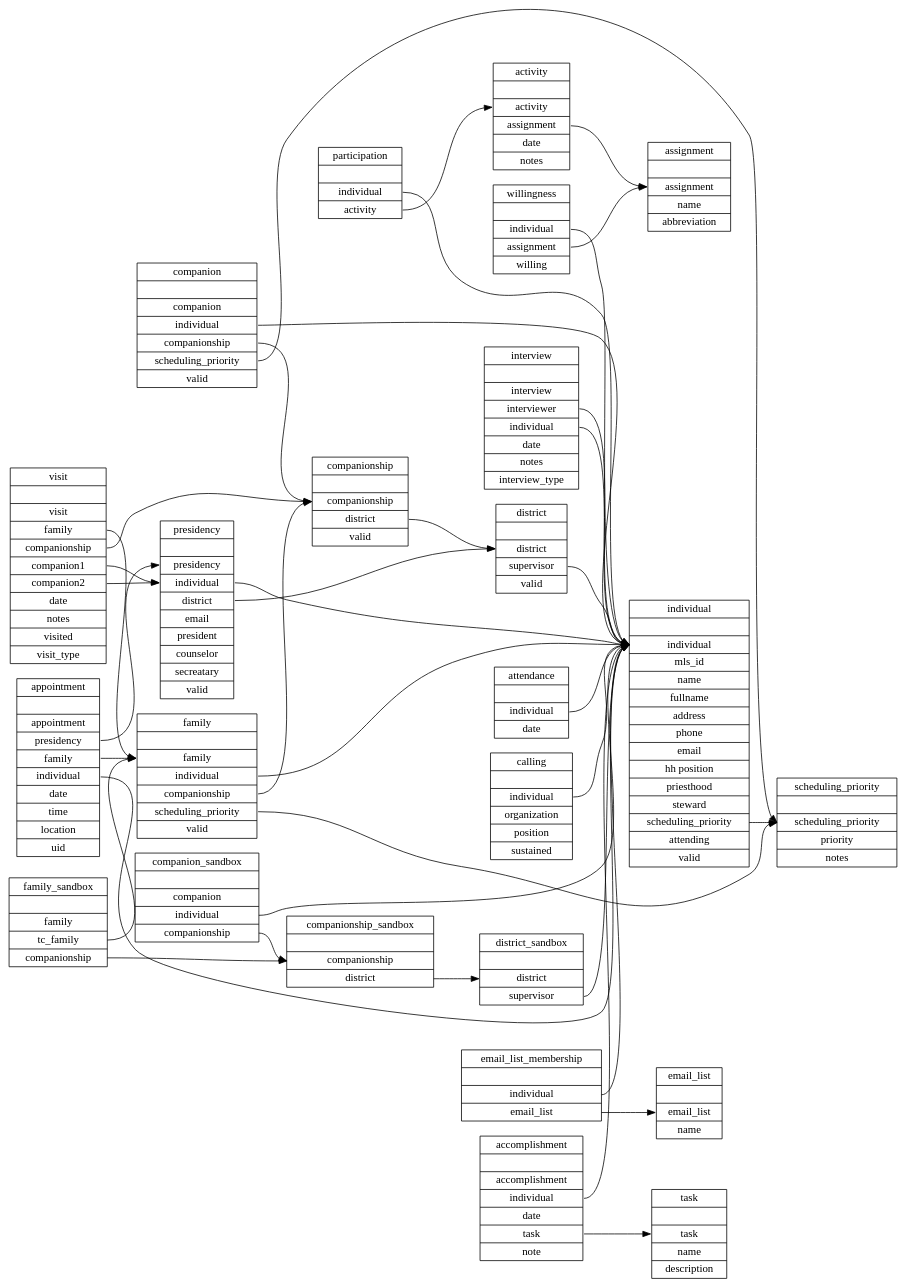
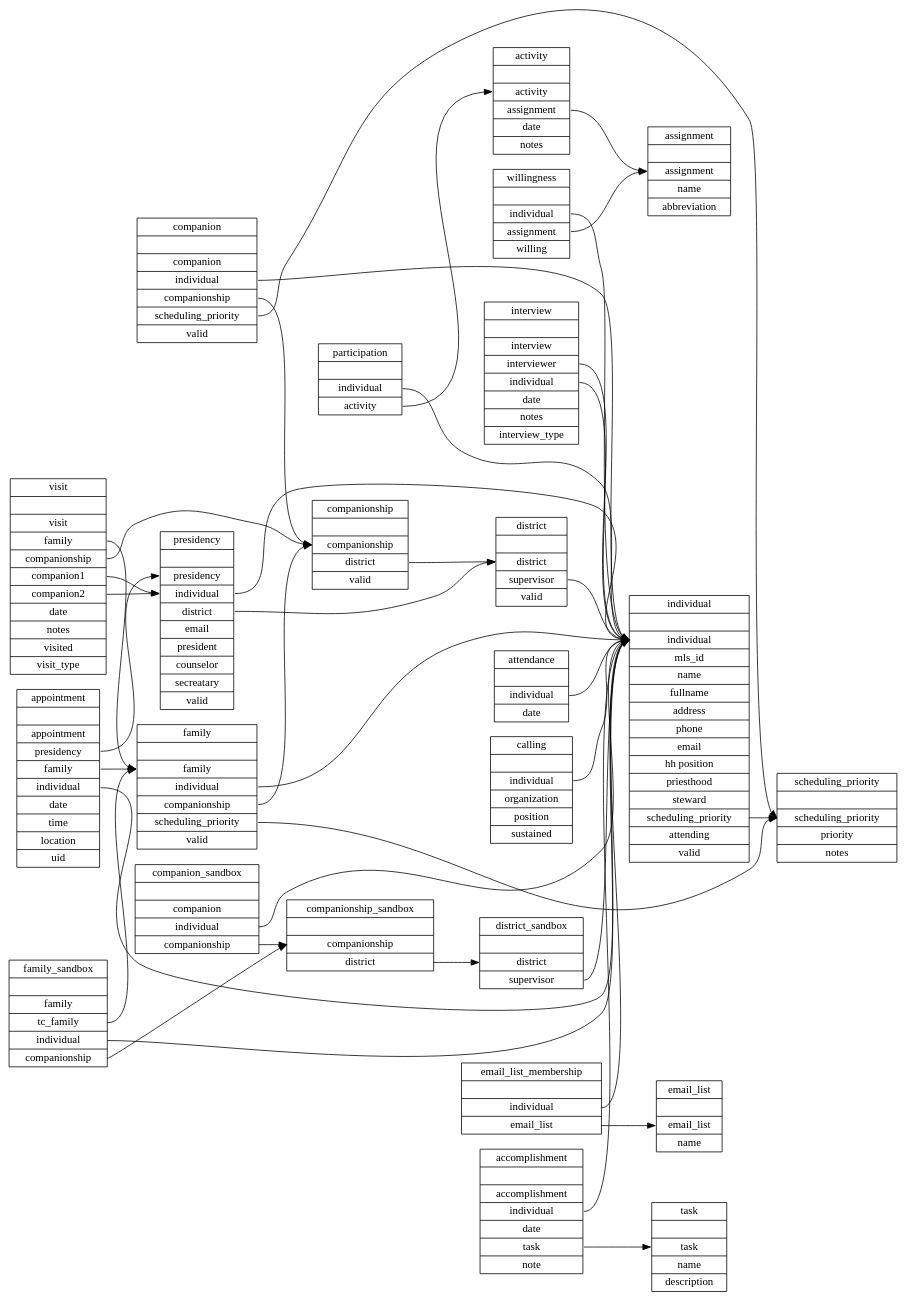
The diagram in sql/schema.dot (apippin/tc), drawn with Graphviz before and after one commit. The commit also changed 5 other files, not shown here.

```diff
--- a/sql/schema.dot
+++ b/sql/schema.dot
@@ -1,156 +1,157 @@
 digraph schema {
   graph [
     rankdir = "LR"
   ];
   activity   [
     label = "activity||<a> activity|<s> assignment|<t> date|<n> notes"
     shape = "record"
   ];
   appointment   [
     label = "appointment||<a> appointment|<p> presidency|<f> family|<i> individual |<d> date|<t> time|<l> location|<u> uid"
     shape = "record"
   ];
   assignment    [
     label = "assignment||<a> assignment|<n> name|<ab> abbreviation"
     shape = "record"
   ];
   attendance   [
     label = "attendance||<i> individual|<d> date"
     shape = "record"
   ];
   calling       [
     label = "calling||<i> individual|<o> organization|<p> position|<s> sustained"
     shape = "record"
   ];
   companion   [
     label = "companion||<c> companion|<i> individual|<cp> companionship|<sp> scheduling_priority|<v> valid"
     shape = "record"
   ];
   companionship   [
     label = "companionship||<c> companionship|<d> district|<v> valid"
     shape = "record"
   ];
   district      [
     label = "district||<d> district|<s> supervisor|<v> valid"
     shape = "record"
   ];
   individual   [
     label = "individual||<i> individual|<id> mls_id|<n> name|<fn> fullname|<a> address|<p> phone|<em> email|<hh> hh position|<pr> priesthood|<st> steward|<sp> scheduling_priority|<a> attending|<v> valid"
     shape = "record"
   ];
   family   [
     label = "family||<f> family|<i> individual|<c> companionship|<sp> scheduling_priority|<v> valid"
     shape = "record"
   ];
   participation   [
     label = "participation||<i> individual|<a> activity"
     shape = "record"
   ];
   interview   [
     label = "interview||<in> interview|<i> interviewer|<il> individual|<t> date|<n> notes|<it> interview_type"
     shape = "record"
   ];
   presidency    [
     label = "presidency||<p> presidency|<i> individual|<d> district|<em> email|<pr> president|<cn> counselor|<sec> secreatary|<v> valid"
     shape = "record"
   ];
   visit   [
     label = "visit||<v> visit|<f> family|<c> companionship|<c1> companion1|<c2> companion2|<t> date|<n> notes|<v> visited|<vt> visit_type"
     shape = "record"
   ];
   willingness   [
     label = "willingness||<i> individual|<a> assignment|<w> willing"
     shape = "record"
   ];
   scheduling_priority   [
     label = "scheduling_priority||<sp> scheduling_priority|<p> priority|<n> notes"
     shape = "record"
   ];
   email_list   [
     label = "email_list||<e> email_list|<n> name"
     shape = "record"
   ];
   email_list_membership   [
     label = "email_list_membership||<i> individual|<e> email_list"
     shape = "record"
   ];
   accomplishment   [
     label = "accomplishment||<a> accomplishment|<i> individual|<d> date|<t> task|<n> note"
     shape = "record"
   ];
   task   [
     label = "task||<t> task|<n> name|<d> description"
     shape = "record"
   ];
   district_sandbox   [
     label = "district_sandbox||<d> district|<s> supervisor"
     shape = "record"
   ];
   companion_sandbox   [
     label = "companion_sandbox||<c> companion|<i> individual|<cp> companionship"
     shape = "record"
   ];
   companionship_sandbox   [
     label = "companionship_sandbox||<cp> companionship|<d> district"
     shape = "record"
   ];
   family_sandbox   [
-    label = "family_sandbox||<f> family|<tcf> tc_family|<cp> companionship"
+    label = "family_sandbox||<f> family|<tcf> tc_family|<i> individual|<cp> companionship"
     shape = "record"
   ];
 
   activity:s      -> assignment:a
 
   appointment:p   -> presidency:p
   appointment:f   -> family:f
   appointment:i   -> individual:i
 
   attendance:i    -> individual:i
   
   calling:i       -> individual:i
 
   companion:cp    -> companionship:c
   companion:i     -> individual:i
   companion:sp    -> scheduling_priority:sp
 
   companionship:d -> district:d
   
   district:s      -> individual:i
   
   individual:sp   -> scheduling_priority:sp
   
   family:i        -> individual:i
   family:c        -> companionship:c
   family:sp       -> scheduling_priority:sp
 
   participation:i -> individual:i
   participation:a -> activity:a
 
   interview:il    -> individual:i
   interview:i     -> individual:i
 
   presidency:i    -> individual:i
   presidency:d    -> district:d
 
   visit:c         -> companionship:c
   visit:f         -> family:f
   visit:c1        -> presidency:i
   visit:c2        -> presidency:i
 
   willingness:i   -> individual:i
   willingness:a   -> assignment:a
 
   email_list_membership:i  -> individual:i
   email_list_membership:e  -> email_list:e
   
   accomplishment:i   -> individual:i
   accomplishment:t   -> task:t
  
   district_sandbox:s      -> individual:i
   companion_sandbox:i     -> individual:i
   companion_sandbox:cp    -> companionship_sandbox:cp
   companionship_sandbox:d -> district_sandbox:d
   family_sandbox:tcf      -> family:f
+  family_sandbox:i        -> individual:i
   family_sandbox:cp       -> companionship_sandbox:cp
   
 }
```
